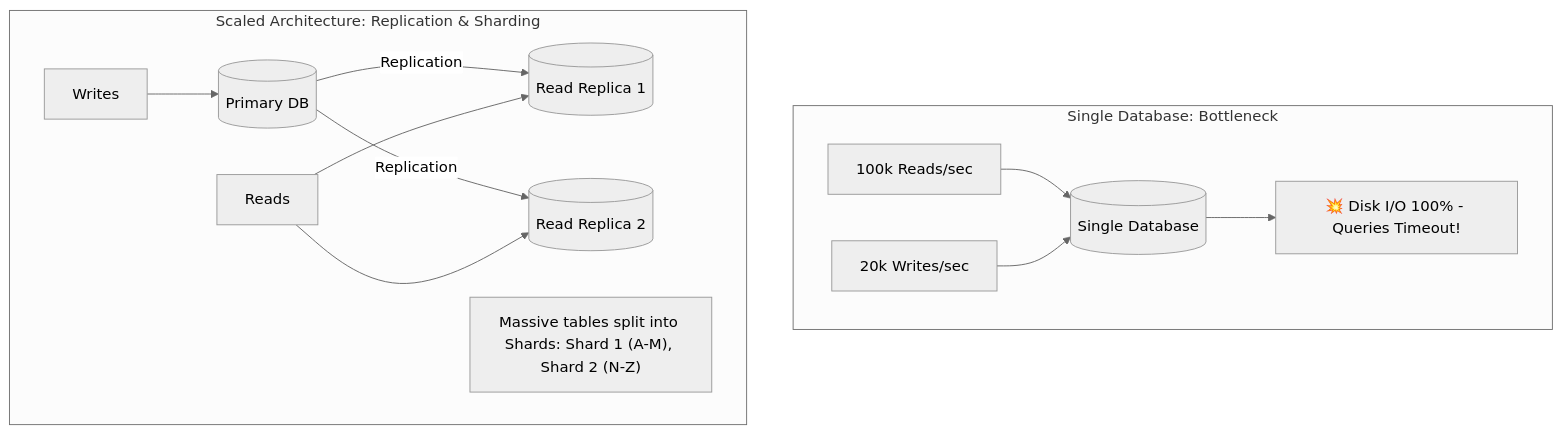
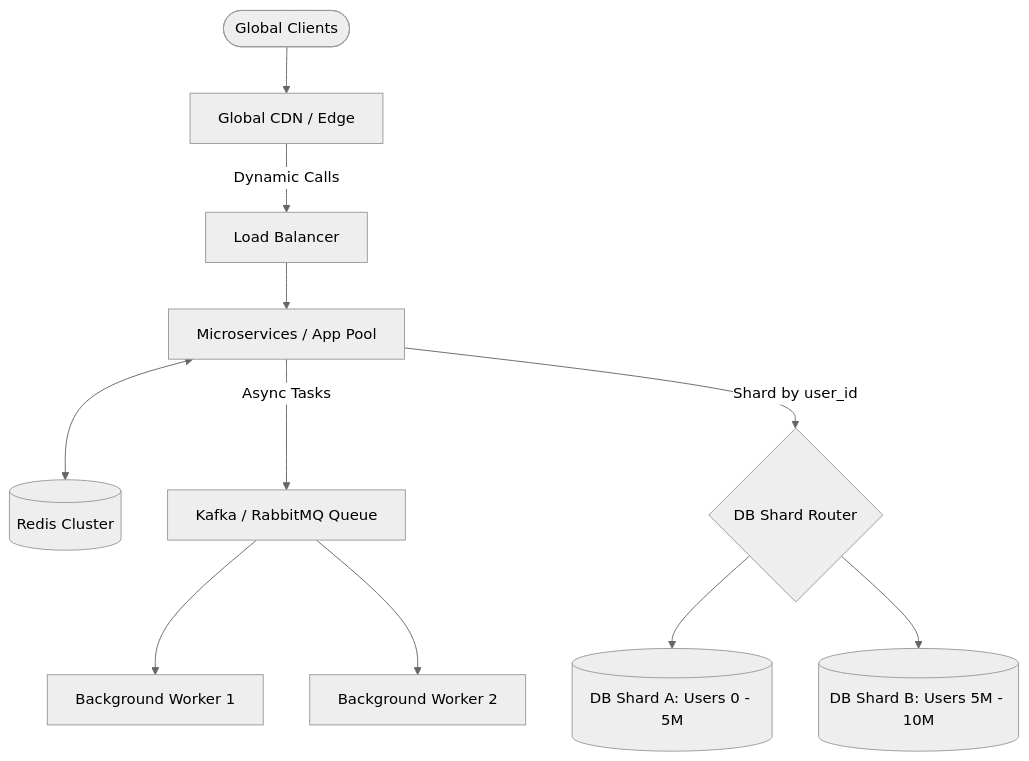
The seventh of 16 diagrams in README.md (Sujalkathait/high-level-design), drawn with Mermaid (neutral theme) before and after one commit. The commit also changed other lines of this file and 25 other files, not shown here.

Commit message:
docs: streamline HLD guide with clean visual Mermaid diagrams, zero emojis & deep pros/cons

````diff
--- a/README.md
+++ b/README.md
@@ -736,17 +157,13 @@
 ```mermaid
-graph TD
-    subgraph SingleDBProblem [Single Database: Bottleneck]
-        Reads[100k Reads/sec] --> MasterDB[(Single Database)]
-        Writes[20k Writes/sec] --> MasterDB
-        MasterDB --> Saturation[💥 Disk I/O 100% - Queries Timeout!]
-    end
-
-    subgraph ShardedSolution [Scaled Architecture: Replication & Sharding]
-        W[Writes] --> Master[(Primary DB)]
-        Master -- Replication --> R1[(Read Replica 1)]
-        Master -- Replication --> R2[(Read Replica 2)]
-        R[Reads] --> R1
-        R[Reads] --> R2
-        NoteShard["Massive tables split into Shards: Shard 1 (A-M), Shard 2 (N-Z)"]
-    end
+flowchart TD
+    Client([Global Clients]) --> CDN[Global CDN / Edge]
+    CDN -->|Dynamic Calls| LB[Load Balancer]
+    LB --> App[Microservices / App Pool]
+    App <--> Cache[(Redis Cluster)]
+    App -->|Async Tasks| Queue[Kafka / RabbitMQ Queue]
+    Queue --> Worker1[Background Worker 1]
+    Queue --> Worker2[Background Worker 2]
+    App -->|Shard by user_id| Router{DB Shard Router}
+    Router --> ShardA[(DB Shard A: Users 0 - 5M)]
+    Router --> ShardB[(DB Shard B: Users 5M - 10M)]
 ```
````
